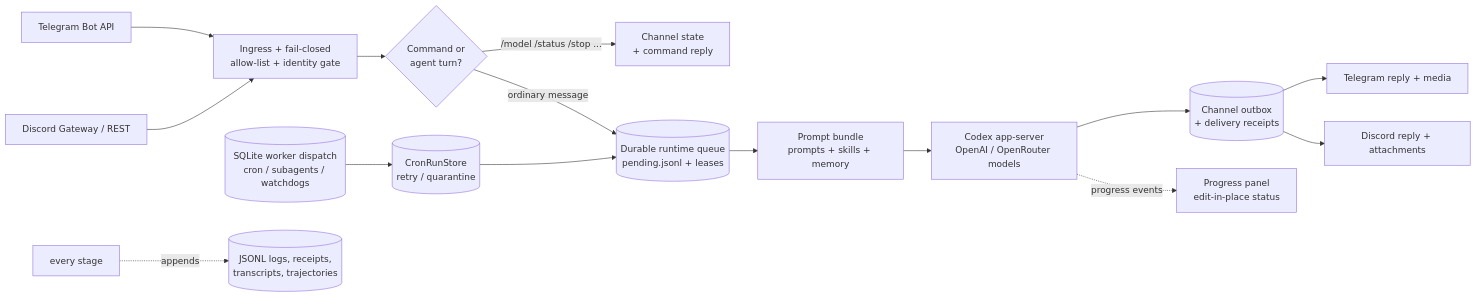
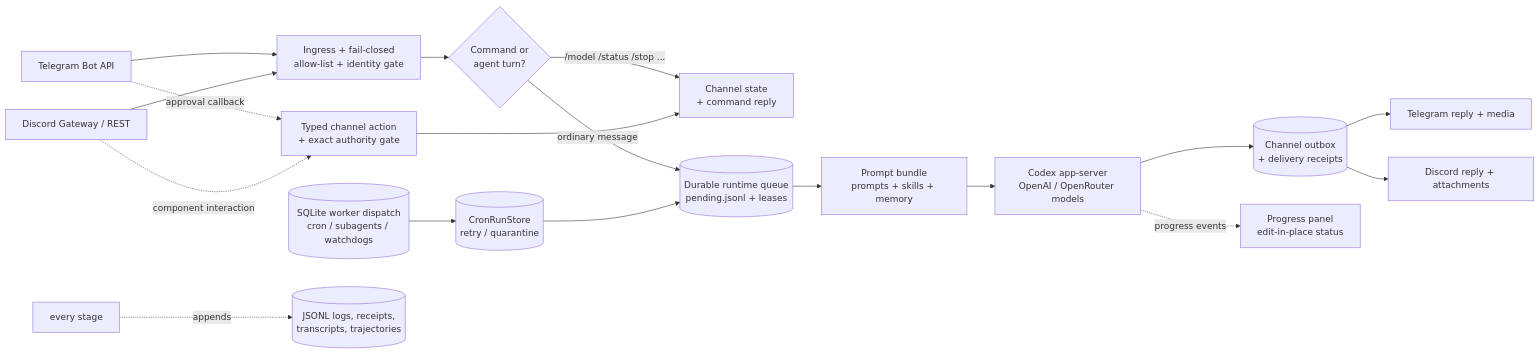
Before and after one commit to phenomenoner/agent-harness-core: the diagram in README.md, drawn with Mermaid. The commit also changed other lines of this file and 42 other files, not shown here.

````diff
--- a/README.md
+++ b/README.md
@@ -71,17 +71,20 @@
 ```mermaid
 flowchart LR
     TG[Telegram Bot API] --> IN
     DC[Discord Gateway / REST] --> IN
     IN[Ingress + fail-closed\nallow-list + identity gate] --> CMD{Command or\nagent turn?}
     CMD -- "/model /status /stop ..." --> ST[Channel state\n+ command reply]
+    TG -.approval callback.-> ACT[Typed channel action\n+ exact authority gate]
+    DC -.component interaction.-> ACT
+    ACT --> ST
     CMD -- ordinary message --> Q[(Durable runtime queue\npending.jsonl + leases)]
     Q --> PB[Prompt bundle\nprompts + skills + memory]
     PB --> CX[Codex app-server\nOpenAI / OpenRouter models]
     CX --> OUT[(Channel outbox\n+ delivery receipts)]
     OUT --> TG2[Telegram reply + media]
     OUT --> DC2[Discord reply + attachments]
     CX -.progress events.-> PR[Progress panel\nedit-in-place status]
     W[(SQLite worker dispatch\ncron / subagents / watchdogs)] --> CR[(CronRunStore\nretry / quarantine)]
     CR --> Q
     ALL[every stage] -.appends.-> LOG[(JSONL logs, receipts,\ntranscripts, trajectories)]
 ```
````
